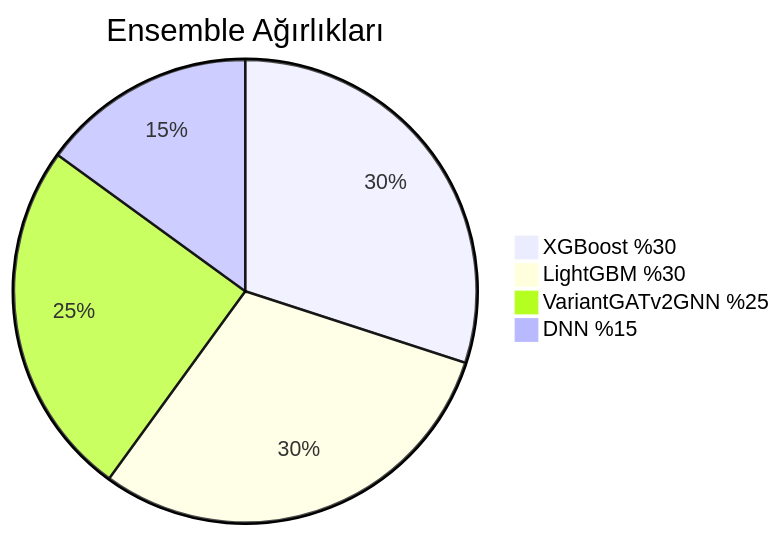
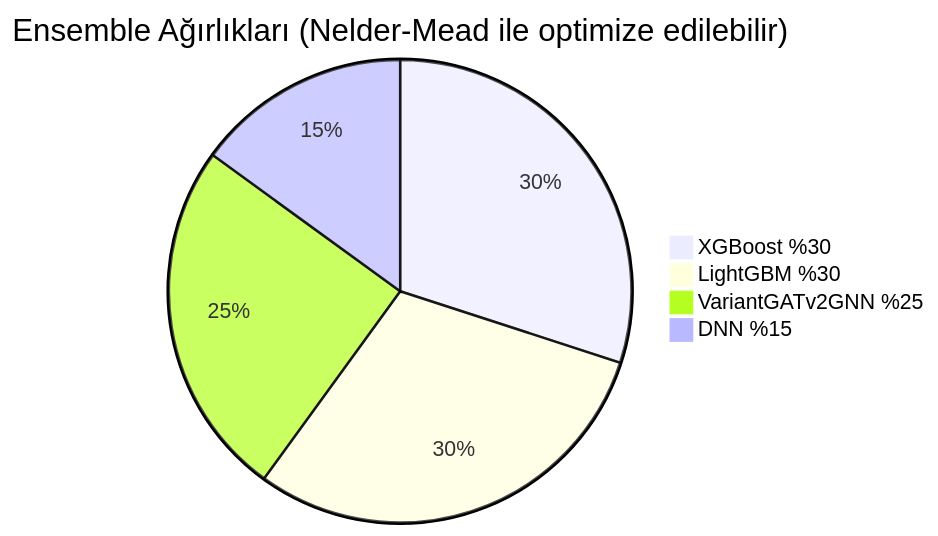
One commit to msgxr/VARIANT-GNN changed the third of 6 diagrams in README.md. Above: the diagram before and after it, drawn with Mermaid. The commit also changed other lines of this file, not shown here.

````diff
--- a/README.md
+++ b/README.md
@@ -175,7 +185,7 @@
 ```mermaid
-pie title Ensemble Ağırlıkları
+pie title Ensemble Ağırlıkları (Nelder-Mead ile optimize edilebilir)
     "XGBoost %30" : 30
     "LightGBM %30" : 30
     "VariantGATv2GNN %25" : 25
     "DNN %15" : 15
 ```
````
